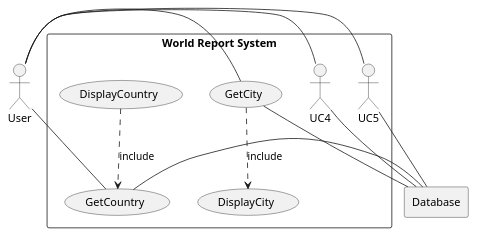
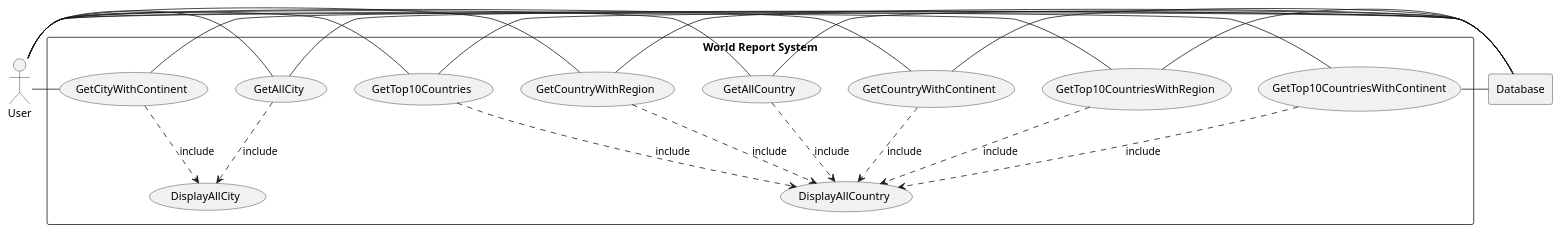
Before and after one commit to groupgp1/group1: the diagram in use-cases/usecase.puml, drawn with PlantUML. The commit also changed 1 other file, not shown here.

Commit message:
Use Case Diagram

```diff
--- a/use-cases/usecase.puml
+++ b/use-cases/usecase.puml
@@ -1,29 +1,49 @@
 @startuml
 
-actor HR as "User"
+actor user as "User"
 
 rectangle Database
 
 rectangle "World Report System" {
 
-    usecase UCa as "GetCountry"
+    usecase UCa as "GetAllCountry"
+    usecase UC3 as "DisplayAllCountry"
+    usecase UC2 as "GetAllCity"
+    usecase UC1 as "DisplayAllCity"
+    usecase UC4 as "GetCountryWithContinent"
+    usecase UC5 as "GetCountryWithRegion"
+    usecase UC6 as "GetTop10Countries"
+    usecase UC7 as "GetTop10CountriesWithContinent"
+    usecase UC8 as "GetTop10CountriesWithRegion"
+    usecase UC9 as "GetCityWithContinent"
 
-    usecase UC3 as "DisplayCountry"
+    user - UC4
+    user - UCa
+    user - UC2
+    user - UC5
+    user - UC6
+    user - UC7
+    user - UC8
+    user - UC9
 
-    usecase UC2 as "GetCity"
-    usecase UC1 as "DisplayCity"
-
-    HR - UC4
-    HR - UCa
-    HR - UC2
-    HR - UC5
-    UC3 ..> UCa : include
+    UCa ..> UC3 : include
     UC2 ..> UC1 : include
+    UC4 ..> UC3 : include
+    UC5 ..> UC3 : include
+    UC6 ..> UC3 : include
+    UC7 ..> UC3 : include
+    UC8 ..> UC3 : include
+    UC9 ..> UC1 : include
 
     UCa - Database
     UC4 - Database
     UC2 - Database
     UC5 - Database
+    UC6 - Database
+    UC7 - Database
+    UC8 - Database
+    UC9 - Database
+
 }
 
 @enduml
```
